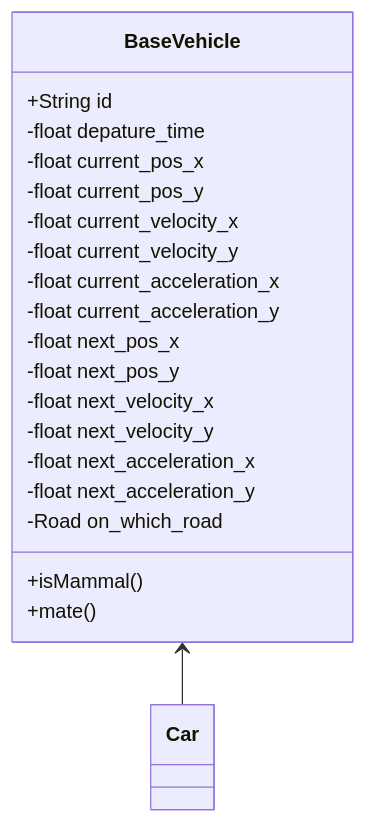
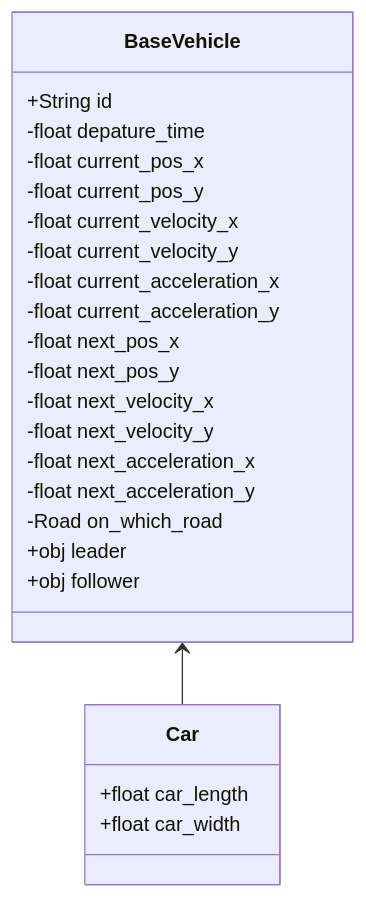
One commit to IvoryGate/simulation_2d changed the second of 3 diagrams in DESIGNDOC.md. Above: the diagram before and after it, drawn with Mermaid. The commit also changed other lines of this file and 874 other files, not shown here.

````diff
--- a/DESIGNDOC.md
+++ b/DESIGNDOC.md
@@ -30,23 +28,25 @@
 ```mermaid
 classDiagram
     BaseVehicle : +String id
     BaseVehicle : -float depature_time
     BaseVehicle : -float current_pos_x
     BaseVehicle : -float current_pos_y
     BaseVehicle : -float current_velocity_x
     BaseVehicle : -float current_velocity_y
     BaseVehicle : -float current_acceleration_x
     BaseVehicle : -float current_acceleration_y
     BaseVehicle : -float next_pos_x
     BaseVehicle : -float next_pos_y
     BaseVehicle : -float next_velocity_x
     BaseVehicle : -float next_velocity_y
     BaseVehicle : -float next_acceleration_x
     BaseVehicle : -float next_acceleration_y
     BaseVehicle : -Road on_which_road
+    BaseVehicle : +obj leader
+    BaseVehicle : +obj follower
       
-    BaseVehicle : +isMammal()
-    BaseVehicle : +mate()	
 	BaseVehicle <-- Car
+	Car : +float car_length
+	Car : +float car_width
 	
 ```
````
